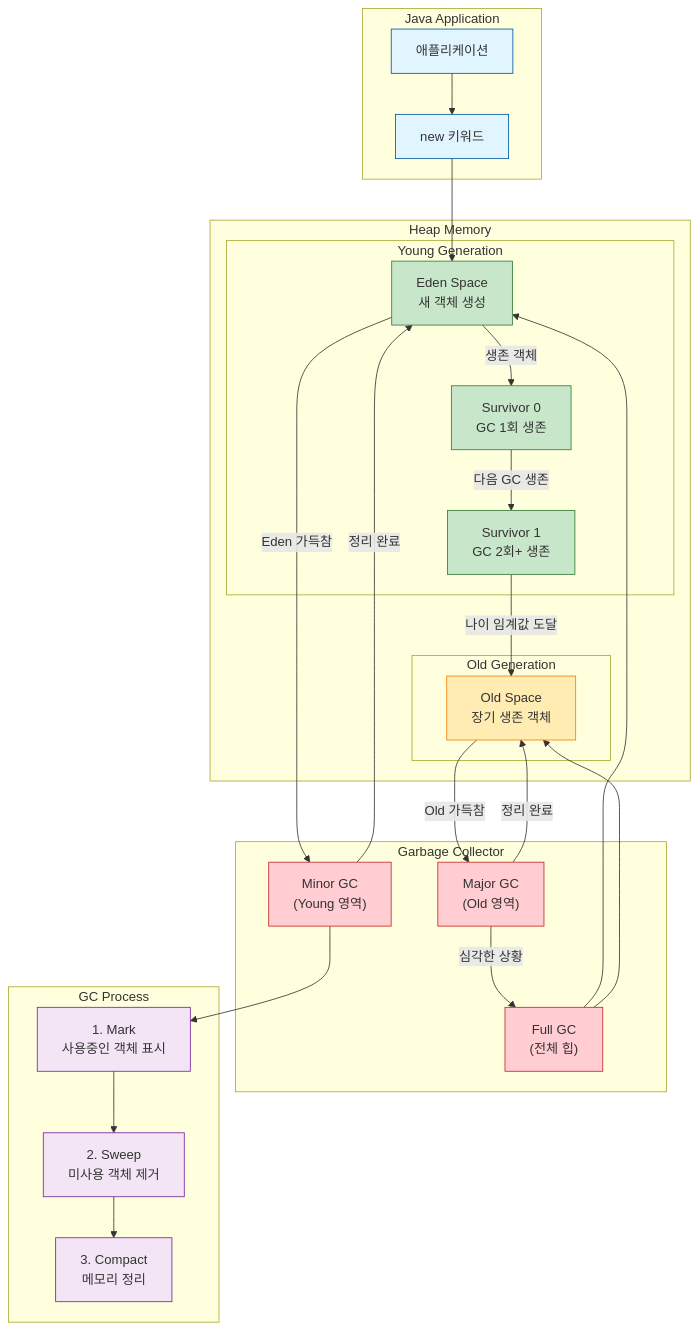
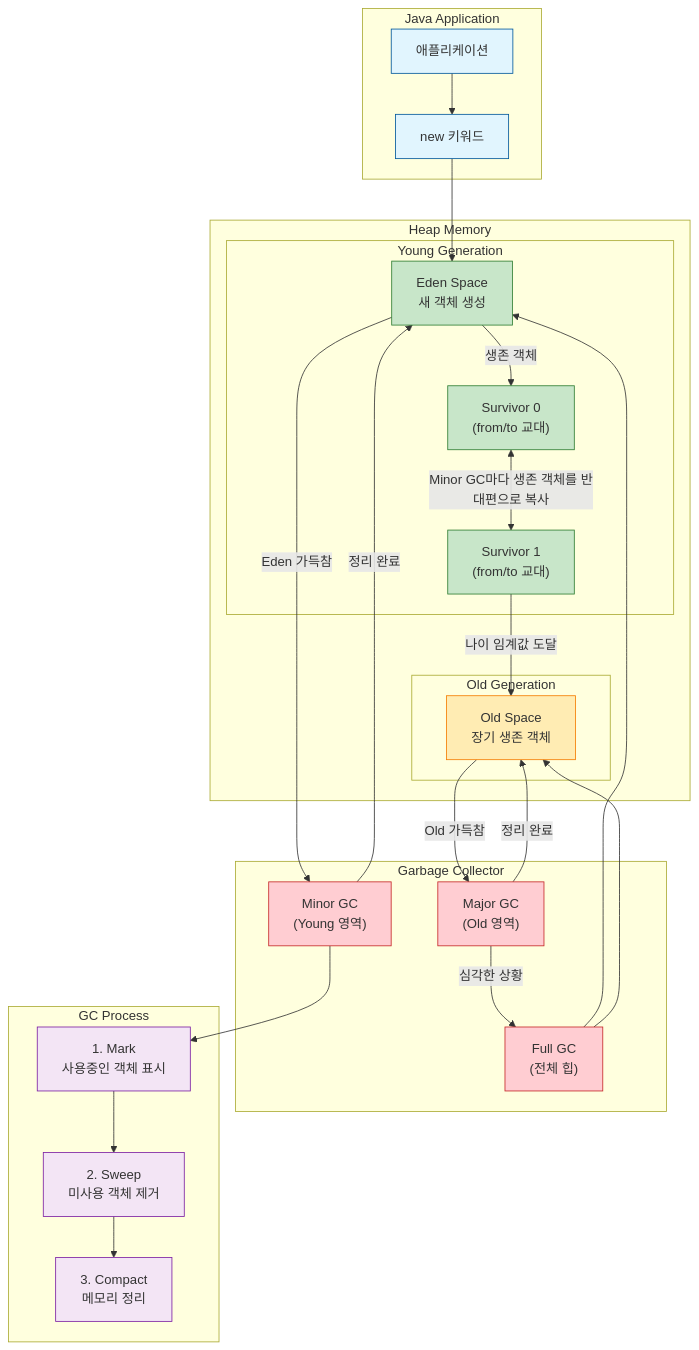
The third of 3 diagrams in _posts/java/2025-06-28-jvm.md (hongmoSung/hongmoSung.github.io), drawn with Mermaid before and after one commit. The commit also changed other lines of this file and 32 other files, not shown here.

````diff
--- a/_posts/java/2025-06-28-jvm.md
+++ b/_posts/java/2025-06-28-jvm.md
@@ -260,71 +261,71 @@
 ```mermaid
 graph TB
     subgraph "Java Application"
         APP["애플리케이션"]
         NEW["new 키워드"]
     end
 
     subgraph "Heap Memory"
         subgraph "Young Generation"
             EDEN["Eden Space<br/>새 객체 생성"]
-            S0["Survivor 0<br/>GC 1회 생존"]
-            S1["Survivor 1<br/>GC 2회+ 생존"]
+            S0["Survivor 0<br/>(from/to 교대)"]
+            S1["Survivor 1<br/>(from/to 교대)"]
         end
         
         subgraph "Old Generation"
             OLD["Old Space<br/>장기 생존 객체"]
         end
     end
 
     subgraph "Garbage Collector"
         MINOR["Minor GC<br/>(Young 영역)"]
         MAJOR["Major GC<br/>(Old 영역)"]
         FULL["Full GC<br/>(전체 힙)"]
     end
 
     subgraph "GC Process"
         MARK["1. Mark<br/>사용중인 객체 표시"]
         SWEEP["2. Sweep<br/>미사용 객체 제거"]
         COMPACT["3. Compact<br/>메모리 정리"]
     end
 
     %% 객체 생성 흐름
     APP --> NEW
     NEW --> EDEN
     
     %% GC 트리거
     EDEN -->|Eden 가득참| MINOR
     OLD -->|Old 가득참| MAJOR
     
     %% Minor GC 흐름
     MINOR --> MARK
     MARK --> SWEEP
     SWEEP --> COMPACT
     
     %% 객체 이동
     EDEN -->|생존 객체| S0
-    S0 -->|다음 GC 생존| S1
+    S0 <-->|Minor GC마다 생존 객체를 반대편으로 복사| S1
     S1 -->|나이 임계값 도달| OLD
     
     %% GC 정리 후
     MINOR -->|정리 완료| EDEN
     MAJOR -->|정리 완료| OLD
     
     %% Full GC
     MAJOR -->|심각한 상황| FULL
     FULL --> EDEN
     FULL --> OLD
 
     %% 스타일링
     classDef application fill:#e1f5fe,stroke:#01579b
     classDef young fill:#c8e6c9,stroke:#2e7d32
     classDef old fill:#ffecb3,stroke:#f57c00
     classDef gc fill:#ffcdd2,stroke:#c62828
     classDef process fill:#f3e5f5,stroke:#7b1fa2
     
     class APP,NEW application
     class EDEN,S0,S1 young
     class OLD old
     class MINOR,MAJOR,FULL gc
     class MARK,SWEEP,COMPACT process
 ```
````
